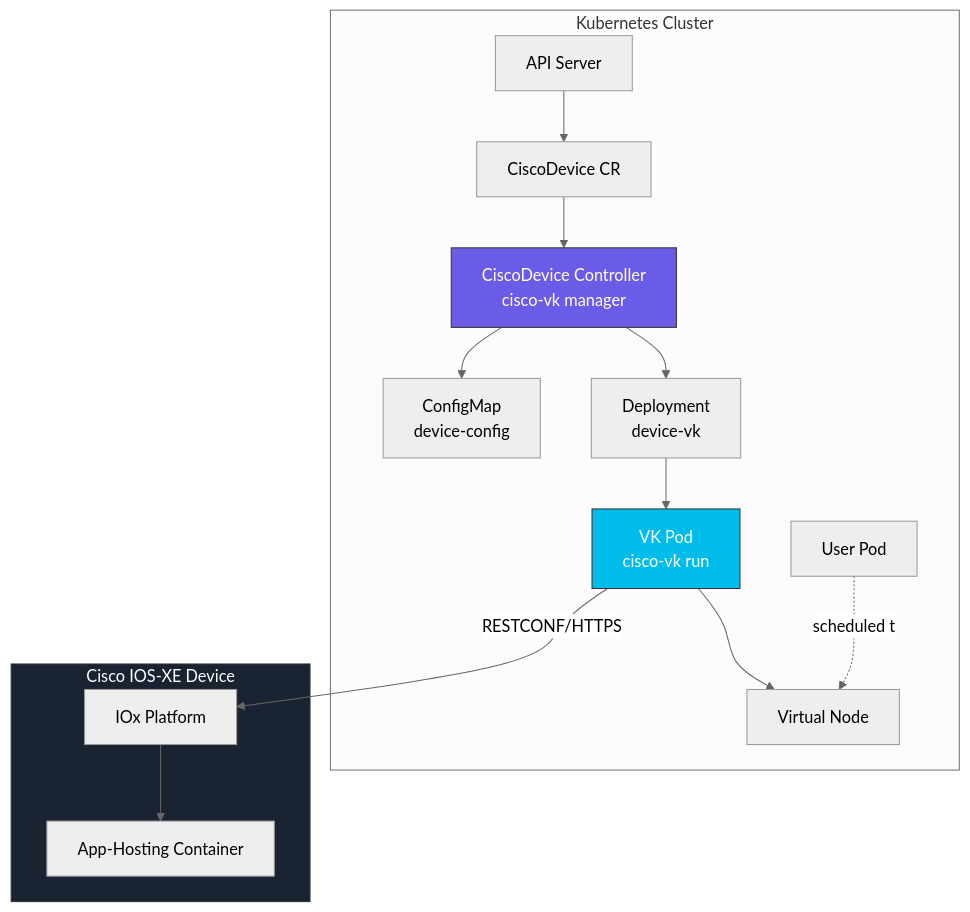
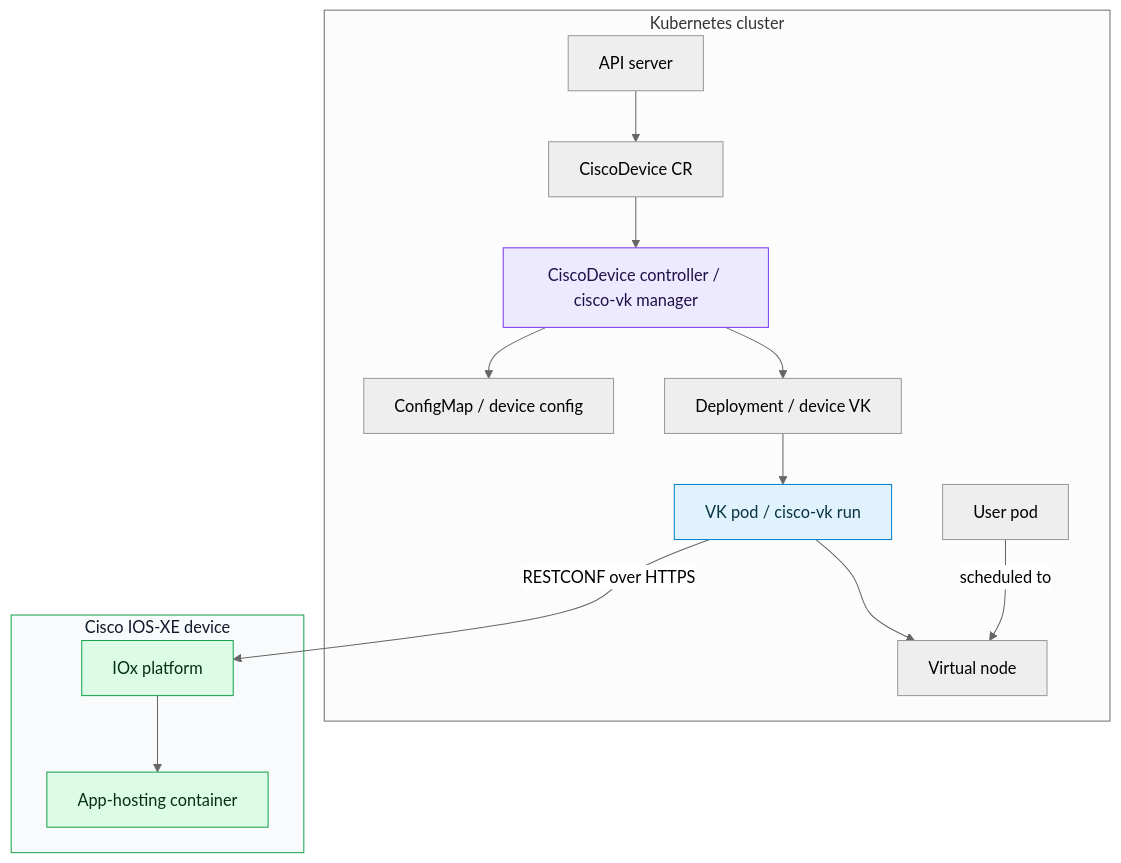
The first of 4 diagrams in docs/ARCHITECTURE.md (cisco-open/cisco-virtual-kubelet), drawn with Mermaid (neutral theme) before and after one commit. The commit also changed other lines of this file and 8 other files, not shown here.

````diff
--- a/docs/ARCHITECTURE.md
+++ b/docs/ARCHITECTURE.md
@@ -20,32 +20,34 @@
 ```mermaid
-graph TB
-    subgraph Cluster["Kubernetes Cluster"]
-        API[API Server]
-        CRD[CiscoDevice CR]
-        Controller[CiscoDevice Controller<br/>cisco-vk manager]
-        CM[ConfigMap<br/>device-config]
-        Dep[Deployment<br/>device-vk]
-        VK[VK Pod<br/>cisco-vk run]
-        Node[Virtual Node]
-        Pod[User Pod]
+flowchart TB
+    subgraph Cluster["Kubernetes cluster"]
+        API["API server"]
+        CRD["CiscoDevice CR"]
+        Controller["CiscoDevice controller / cisco-vk manager"]
+        CM["ConfigMap / device config"]
+        Dep["Deployment / device VK"]
+        VK["VK pod / cisco-vk run"]
+        Node["Virtual node"]
+        Pod["User pod"]
     end
 
-    subgraph Device["Cisco IOS-XE Device"]
-        IOx[IOx Platform]
-        Container[App-Hosting Container]
+    subgraph IOSXE["Cisco IOS-XE device"]
+        IOx["IOx platform"]
+        Container["App-hosting container"]
     end
 
     API --> CRD
     CRD --> Controller
     Controller --> CM
     Controller --> Dep
     Dep --> VK
     VK --> Node
-    Pod -.scheduled to.-> Node
-    VK -->|RESTCONF/HTTPS| IOx
+    Pod -->|"scheduled to"| Node
+    VK -->|"RESTCONF over HTTPS"| IOx
     IOx --> Container
 
-    style Controller fill:#6b5ce7,stroke:#333,color:#fff
-    style VK fill:#00bceb,stroke:#333,color:#fff
-    style Device fill:#1a2332,stroke:#333,color:#fff
+    style Controller fill:#ede9fe,stroke:#7c3aed,color:#1f1147
+    style VK fill:#e0f2fe,stroke:#0284c7,color:#083344
+    style IOx fill:#dcfce7,stroke:#16a34a,color:#052e16
+    style Container fill:#dcfce7,stroke:#16a34a,color:#052e16
+    style IOSXE fill:#f8fafc,stroke:#16a34a,color:#0f172a
 ```
````
